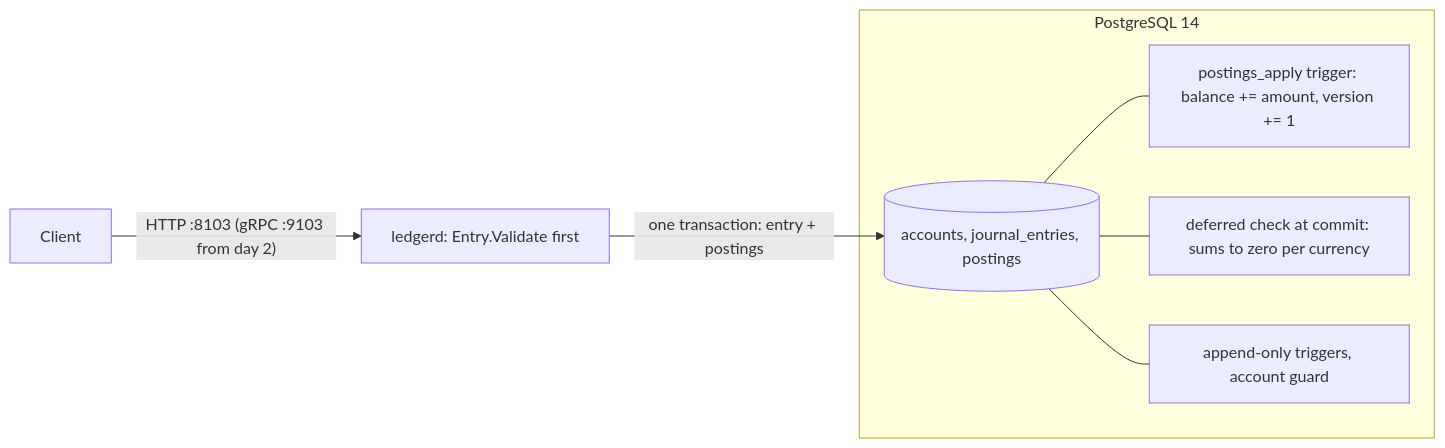
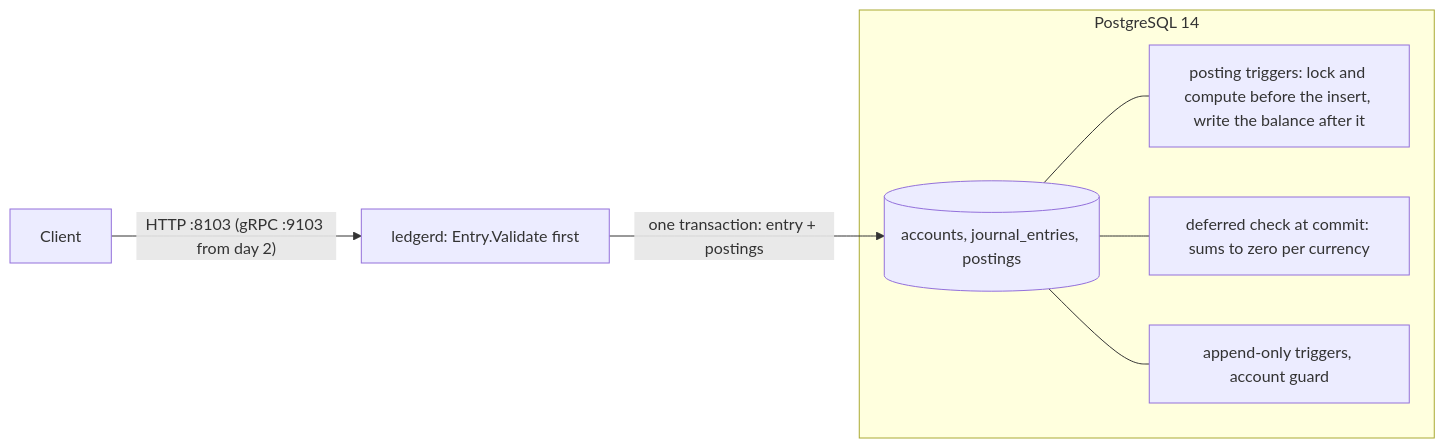
Before and after one commit to vivekdavara/ledger: the diagram in README.md, drawn with Mermaid. The commit also changed other lines of this file and 2 other files, not shown here.

````diff
--- a/README.md
+++ b/README.md
@@ -16,14 +18,14 @@
 ```mermaid
 flowchart LR
     C[Client] -- "HTTP :8103 (gRPC :9103 from day 2)" --> L["ledgerd: Entry.Validate first"]
     L -- "one transaction: entry + postings" --> TBL
     subgraph PG [PostgreSQL 14]
         TBL[("accounts, journal_entries, postings")]
-        T1["postings_apply trigger: balance += amount, version += 1"]
+        T1["posting triggers: lock and compute before the insert, write the balance after it"]
         T2["deferred check at commit: sums to zero per currency"]
         T3["append-only triggers, account guard"]
         TBL --- T1
         TBL --- T2
         TBL --- T3
     end
 ```
````
